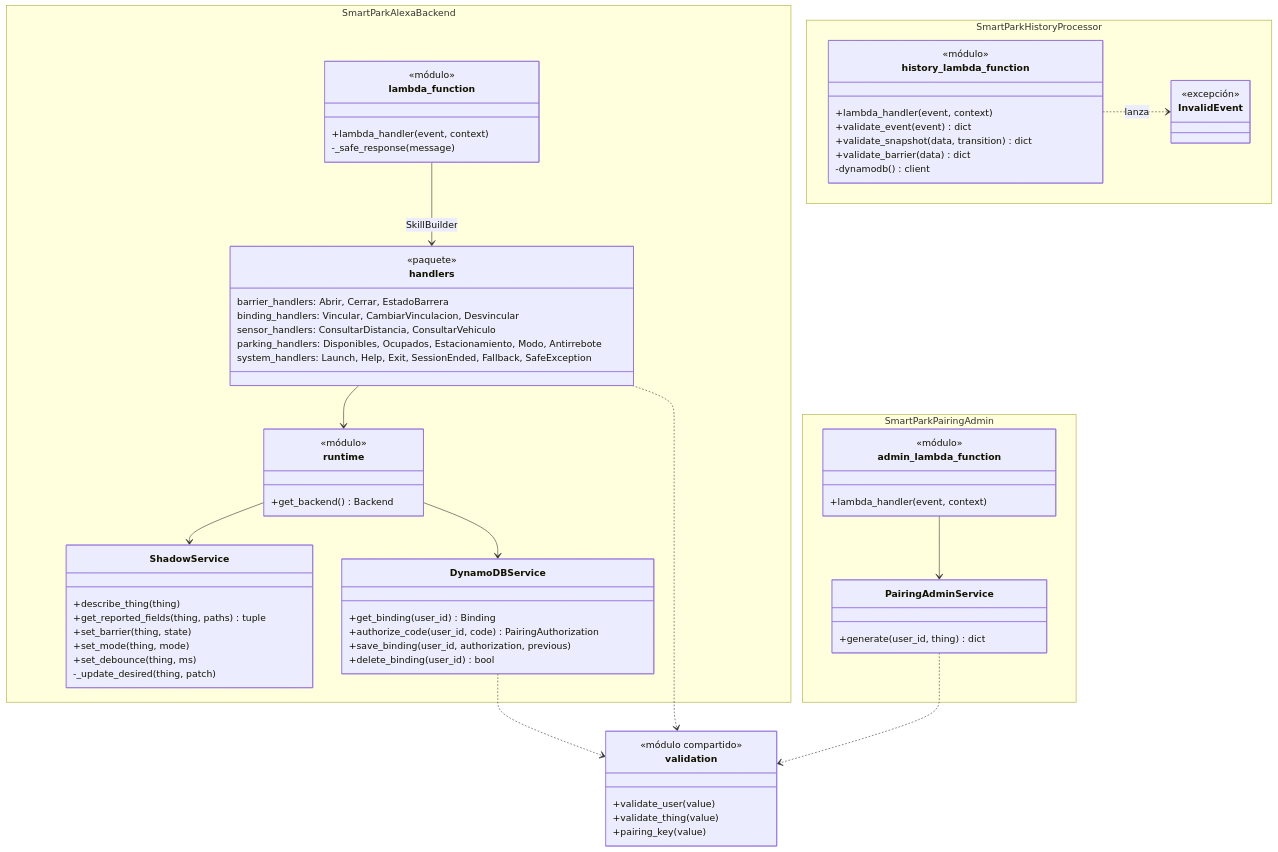
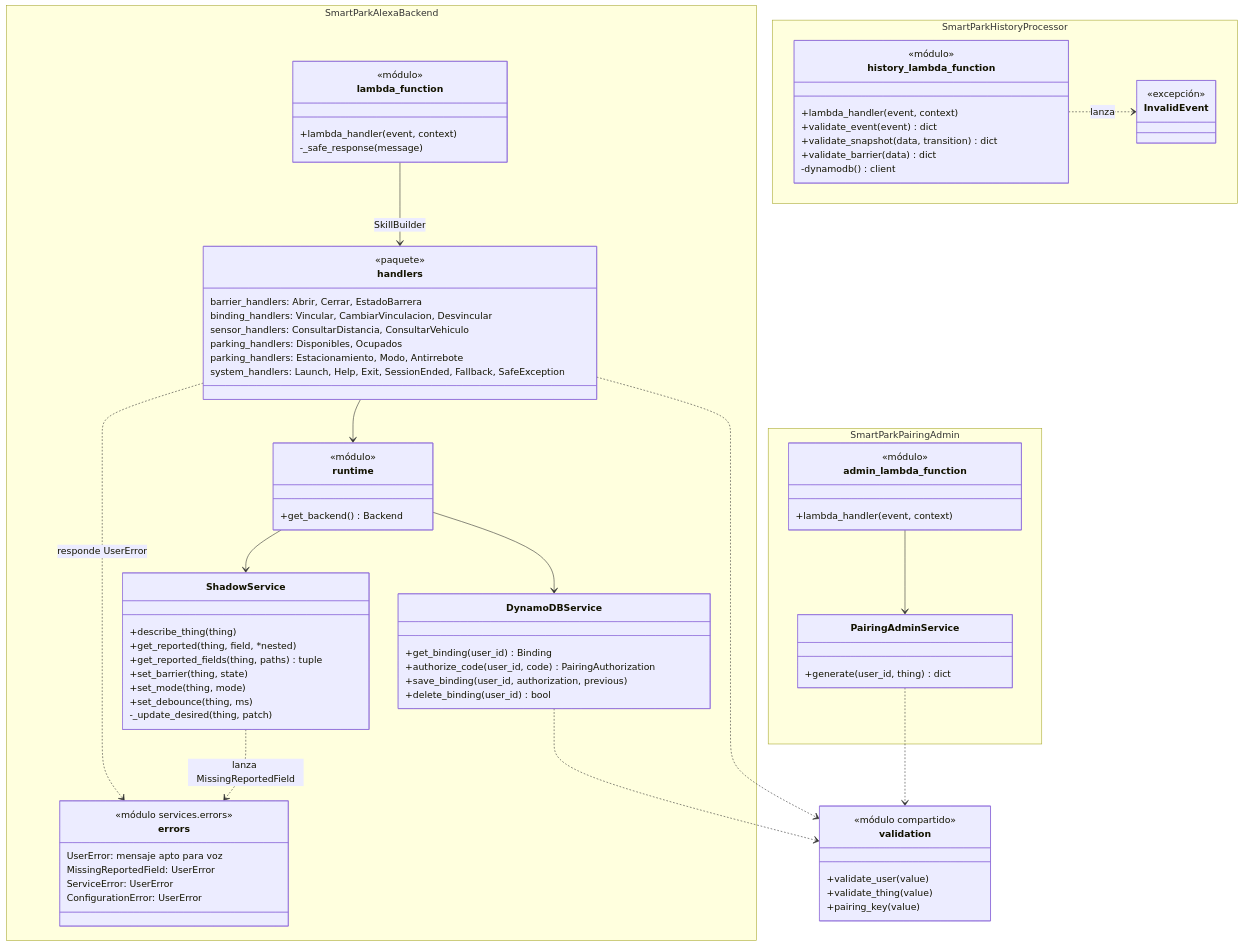
The diagram in docs/diagrams/05-clases-lambdas.mmd (ciriarte-dev/smartpark-iot-practice-4-aws-alexa), drawn with Mermaid before and after one commit. The commit also changed 7 other files, not shown here.

Commit message:
docs: update block, class and query diagrams

```diff
--- a/docs/diagrams/05-clases-lambdas.mmd
+++ b/docs/diagrams/05-clases-lambdas.mmd
@@ -1,72 +1,83 @@
 classDiagram
     direction TB
     namespace SmartParkAlexaBackend {
         class lambda_function {
             <<módulo>>
             +lambda_handler(event, context)
             -_safe_response(message)
         }
         class handlers {
             <<paquete>>
             barrier_handlers: Abrir, Cerrar, EstadoBarrera
             binding_handlers: Vincular, CambiarVinculacion, Desvincular
             sensor_handlers: ConsultarDistancia, ConsultarVehiculo
-            parking_handlers: Disponibles, Ocupados, Estacionamiento, Modo, Antirrebote
+            parking_handlers: Disponibles, Ocupados
+            parking_handlers: Estacionamiento, Modo, Antirrebote
             system_handlers: Launch, Help, Exit, SessionEnded, Fallback, SafeException
         }
         class ShadowService {
             +describe_thing(thing)
+            +get_reported(thing, field, *nested)
             +get_reported_fields(thing, paths) tuple
             +set_barrier(thing, state)
             +set_mode(thing, mode)
             +set_debounce(thing, ms)
             -_update_desired(thing, patch)
         }
         class DynamoDBService {
             +get_binding(user_id) Binding
             +authorize_code(user_id, code) PairingAuthorization
             +save_binding(user_id, authorization, previous)
             +delete_binding(user_id) bool
+        }
+        class errors {
+            <<módulo services.errors>>
+            UserError: mensaje apto para voz
+            MissingReportedField: UserError
+            ServiceError: UserError
+            ConfigurationError: UserError
         }
         class runtime {
             <<módulo>>
             +get_backend() Backend
         }
     }
     namespace SmartParkPairingAdmin {
         class admin_lambda_function {
             <<módulo>>
             +lambda_handler(event, context)
         }
         class PairingAdminService {
             +generate(user_id, thing) dict
         }
     }
     namespace SmartParkHistoryProcessor {
         class history_lambda_function {
             <<módulo>>
             +lambda_handler(event, context)
             +validate_event(event) dict
             +validate_snapshot(data, transition) dict
             +validate_barrier(data) dict
             -dynamodb() client
         }
         class InvalidEvent {
             <<excepción>>
         }
     }
     class validation {
         <<módulo compartido>>
         +validate_user(value)
         +validate_thing(value)
         +pairing_key(value)
     }
     lambda_function --> handlers : SkillBuilder
     handlers --> runtime
     runtime --> ShadowService
     runtime --> DynamoDBService
     handlers ..> validation
+    ShadowService ..> errors : lanza MissingReportedField
+    handlers ..> errors : responde UserError
     DynamoDBService ..> validation
     admin_lambda_function --> PairingAdminService
     PairingAdminService ..> validation
     history_lambda_function ..> InvalidEvent : lanza
```
